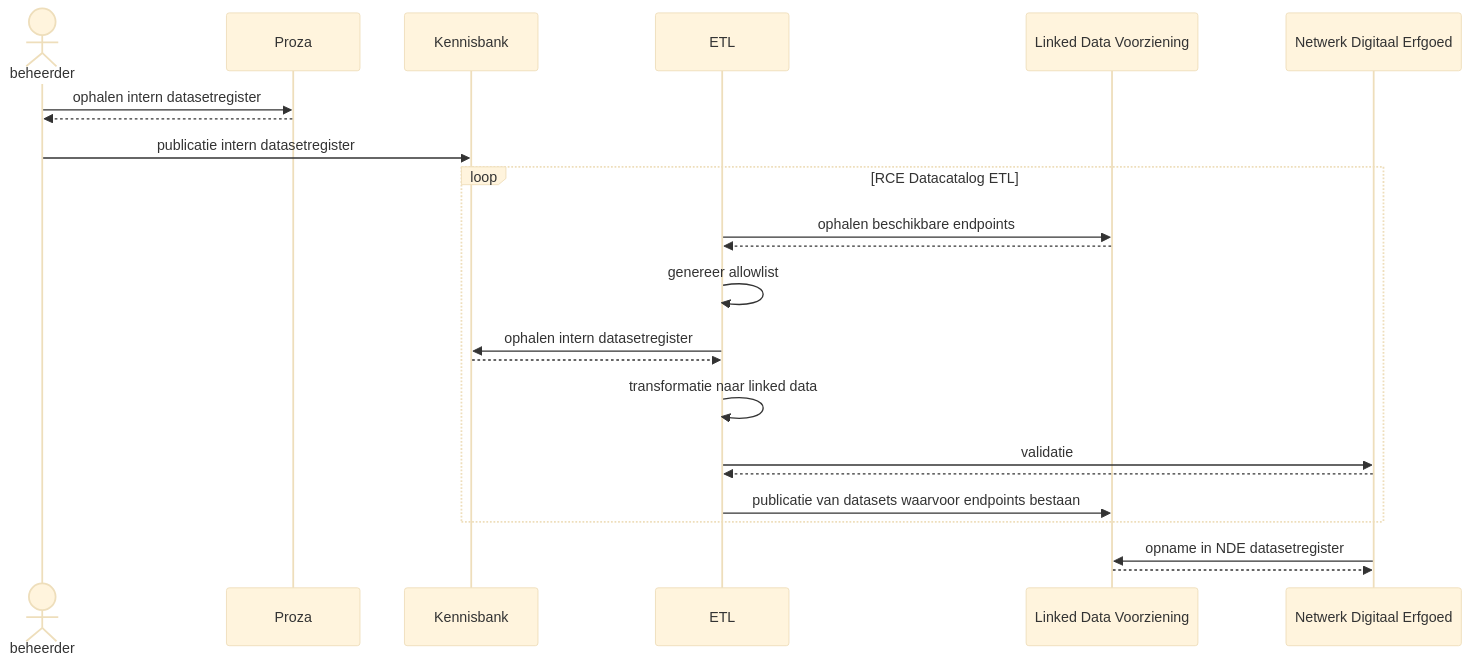
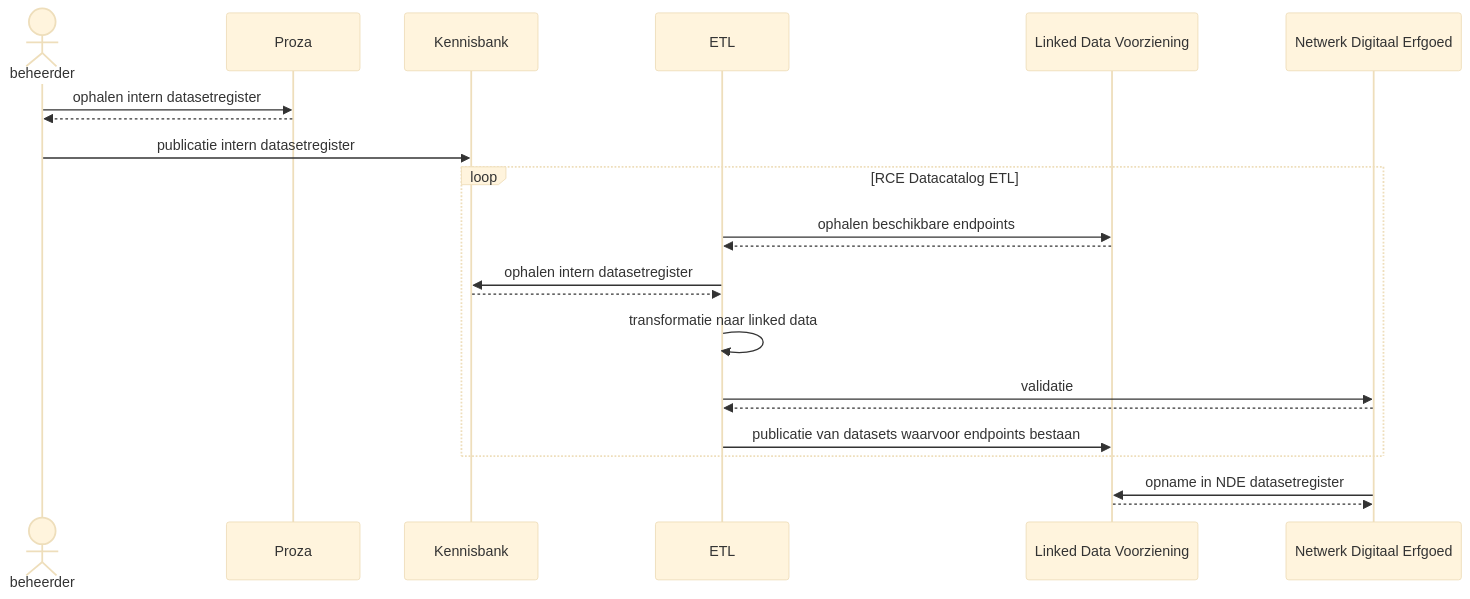
The diagram in README.md (cultureelerfgoed/datacatalog-etl), drawn with Mermaid (base theme) before and after one commit.

````diff
--- a/README.md
+++ b/README.md
@@ -12,26 +12,25 @@
 ```mermaid
 sequenceDiagram;
     actor beheerder
     participant Proza 
     participant Kennisbank
     participant ETL
     participant Linked Data Voorziening
     participant Netwerk Digitaal Erfgoed
     
     beheerder->>Proza:ophalen intern datasetregister
     Proza-->>beheerder:
     beheerder->>Kennisbank:publicatie intern datasetregister
     loop RCE Datacatalog ETL
         ETL->>Linked Data Voorziening:ophalen beschikbare endpoints
         Linked Data Voorziening-->>ETL:
-        ETL->>ETL:genereer allowlist
         ETL->>Kennisbank:ophalen intern datasetregister
         Kennisbank-->>ETL:
         ETL->>ETL:transformatie naar linked data
         ETL->>Netwerk Digitaal Erfgoed:validatie
         Netwerk Digitaal Erfgoed-->>ETL:
         ETL->>Linked Data Voorziening:publicatie van datasets waarvoor endpoints bestaan
     end
     Netwerk Digitaal Erfgoed->>Linked Data Voorziening:opname in NDE datasetregister
     Linked Data Voorziening-->>Netwerk Digitaal Erfgoed:
 ```
````
